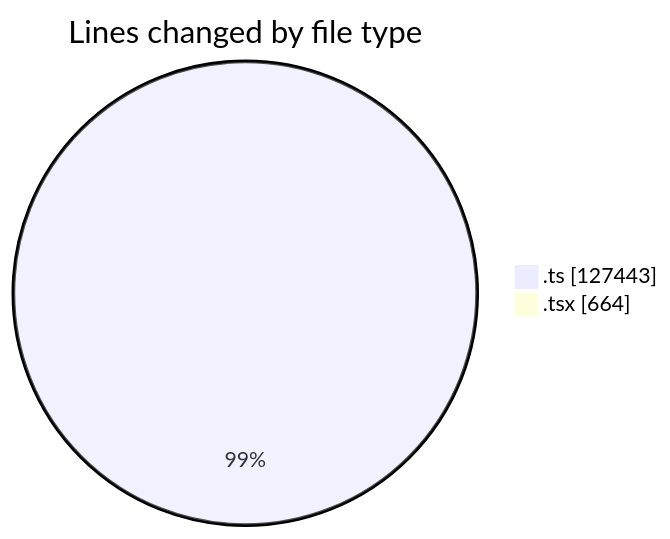
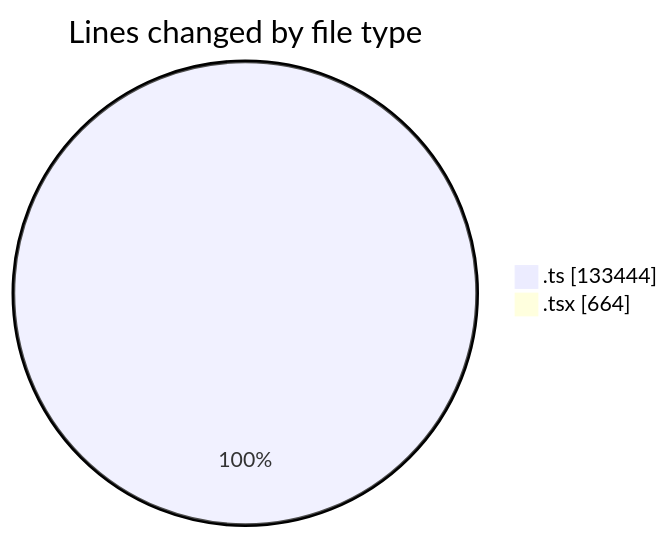
One commit to momahboobian/code-tracking changed the first of 2 diagrams in 2025-08-22/cda/README.md. Above: the diagram before and after it, drawn with Mermaid. The commit also changed other lines of this file and 1 other file, not shown here.

````diff
--- a/2025-08-22/cda/README.md
+++ b/2025-08-22/cda/README.md
@@ -32,6 +33,6 @@
 ```mermaid
 pie showData
 title Lines changed by file type
-".ts" : 127443
+".ts" : 133444
 ".tsx" : 664
 ```
````
